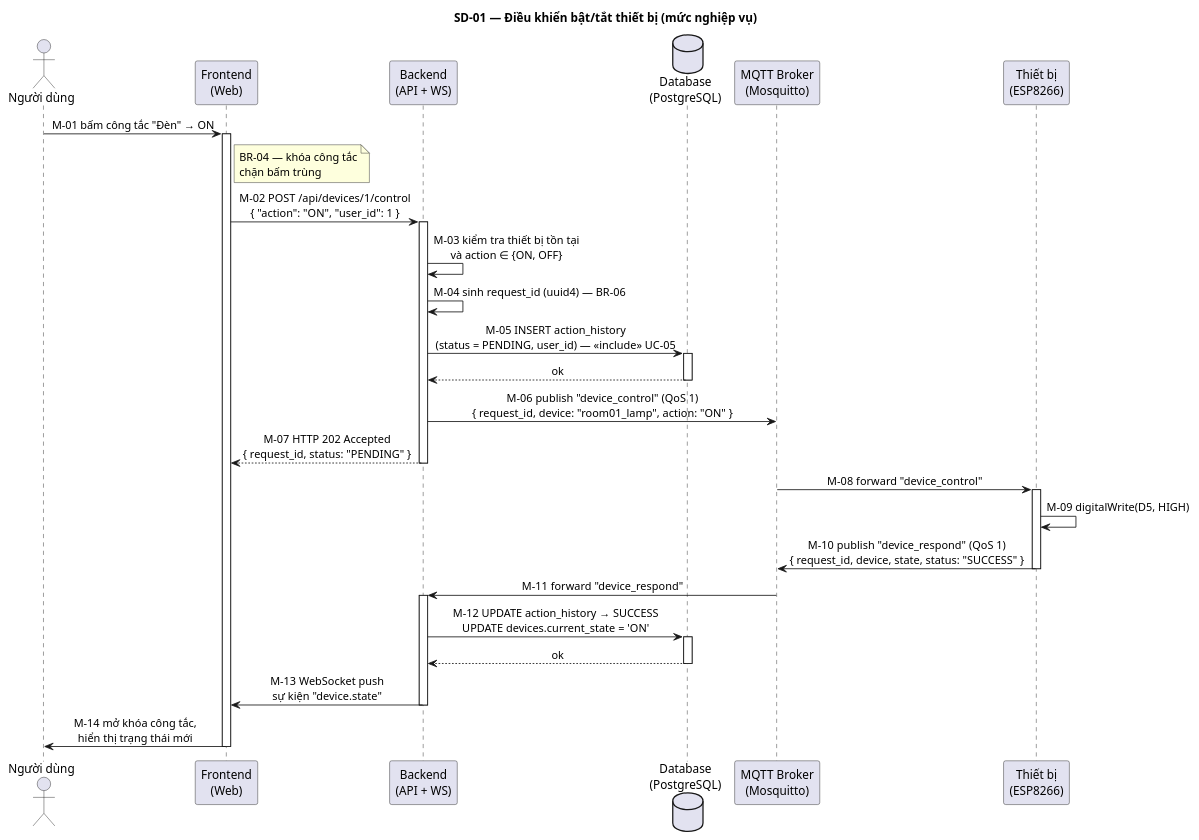
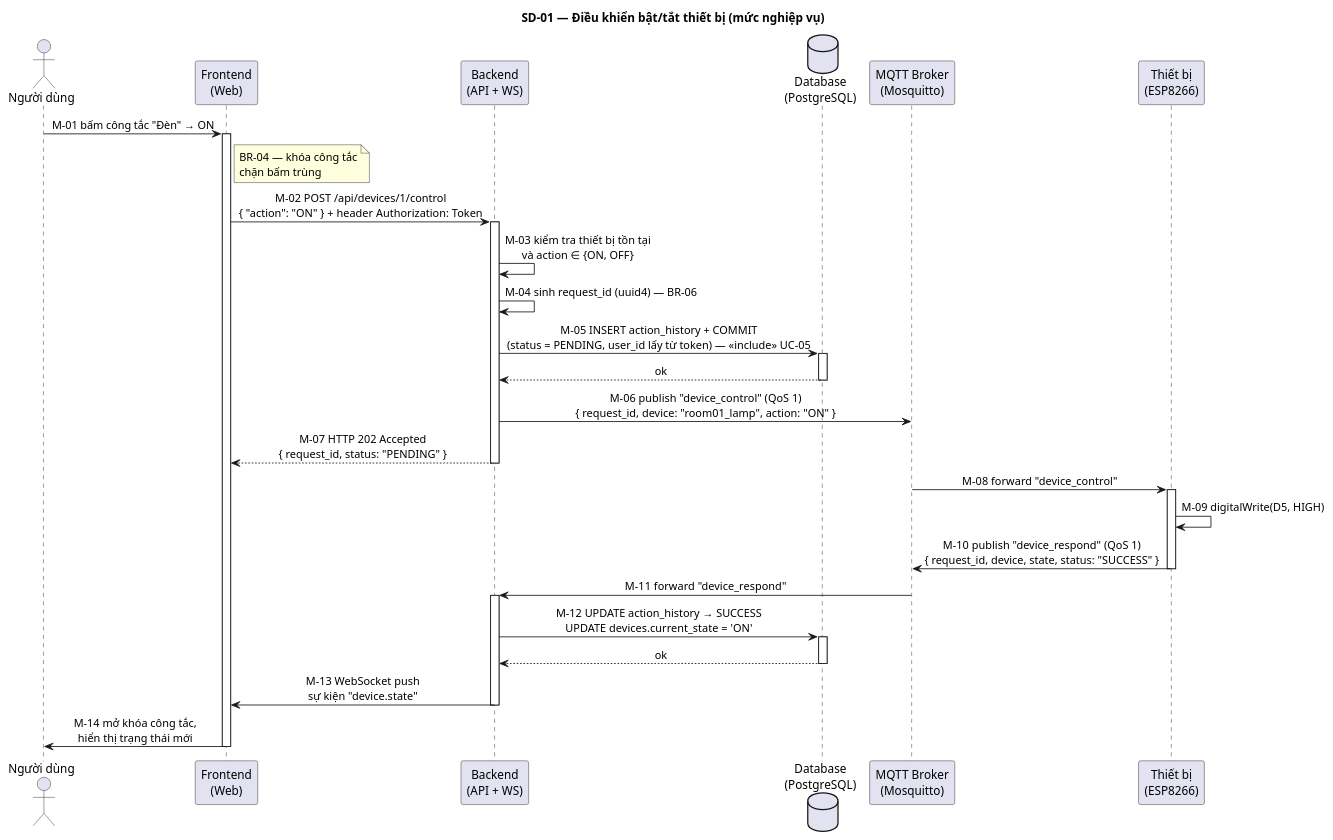
One commit to B23DCAT011/IOT changed the first of 13 diagrams in docs/03-Sequence.md. Above: the diagram before and after it, drawn with PlantUML. The commit also changed other lines of this file and 13 other files, not shown here.

````diff
--- a/docs/03-Sequence.md
+++ b/docs/03-Sequence.md
@@ -104,54 +104,54 @@
 ```plantuml
 @startuml SD01_DieuKhienThietBi_NghiepVu
 title SD-01 — Điều khiển bật/tắt thiết bị (mức nghiệp vụ)
 
 skinparam shadowing false
 skinparam sequenceMessageAlign center
 
 actor "Người dùng" as User
 participant "Frontend\n(Web)" as FE
 participant "Backend\n(API + WS)" as BE
 database "Database\n(PostgreSQL)" as DB
 participant "MQTT Broker\n(Mosquitto)" as MQ
 participant "Thiết bị\n(ESP8266)" as HW
 
 User -> FE : M-01 bấm công tắc "Đèn" → ON
 activate FE
 note right of FE : BR-04 — khóa công tắc\nchặn bấm trùng
 
-FE -> BE : M-02 POST /api/devices/1/control\n{ "action": "ON", "user_id": 1 }
+FE -> BE : M-02 POST /api/devices/1/control\n{ "action": "ON" } + header Authorization: Token
 activate BE
 
 BE -> BE : M-03 kiểm tra thiết bị tồn tại\nvà action ∈ {ON, OFF}
 BE -> BE : M-04 sinh request_id (uuid4) — BR-06
 
-BE -> DB : M-05 INSERT action_history\n(status = PENDING, user_id) — «include» UC-05
+BE -> DB : M-05 INSERT action_history + COMMIT\n(status = PENDING, user_id lấy từ token) — «include» UC-05
 activate DB
 DB --> BE : ok
 deactivate DB
 
 BE -> MQ : M-06 publish "device_control" (QoS 1)\n{ request_id, device: "room01_lamp", action: "ON" }
 BE --> FE : M-07 HTTP 202 Accepted\n{ request_id, status: "PENDING" }
 deactivate BE
 
 MQ -> HW : M-08 forward "device_control"
 activate HW
 HW -> HW : M-09 digitalWrite(D5, HIGH)
 HW -> MQ : M-10 publish "device_respond" (QoS 1)\n{ request_id, device, state, status: "SUCCESS" }
 deactivate HW
 
 MQ -> BE : M-11 forward "device_respond"
 activate BE
 BE -> DB : M-12 UPDATE action_history → SUCCESS\nUPDATE devices.current_state = 'ON'
 activate DB
 DB --> BE : ok
 deactivate DB
 
 BE -> FE : M-13 WebSocket push\nsự kiện "device.state"
 deactivate BE
 
 FE -> User : M-14 mở khóa công tắc,\nhiển thị trạng thái mới
 deactivate FE
 
 @enduml
 ```
````
